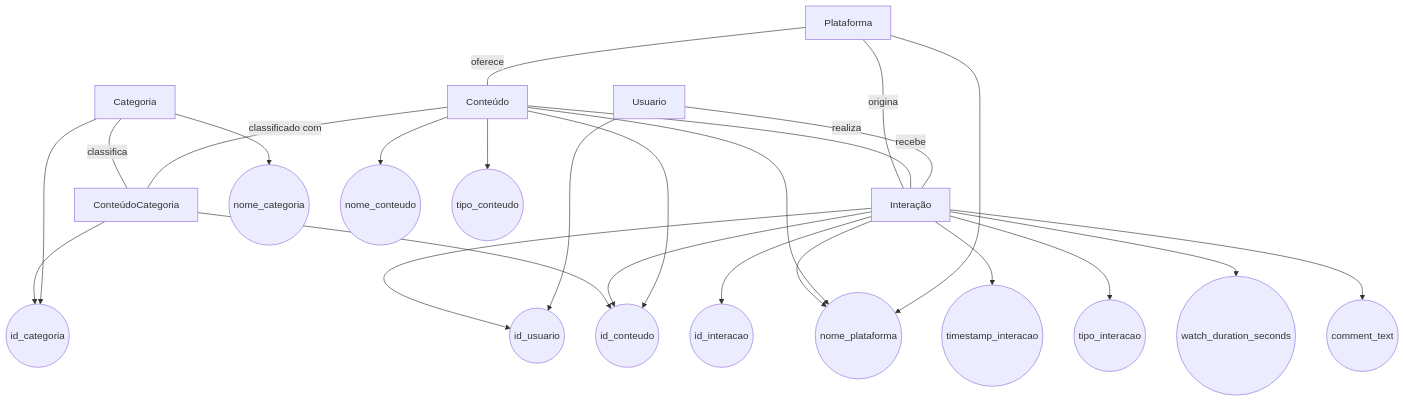
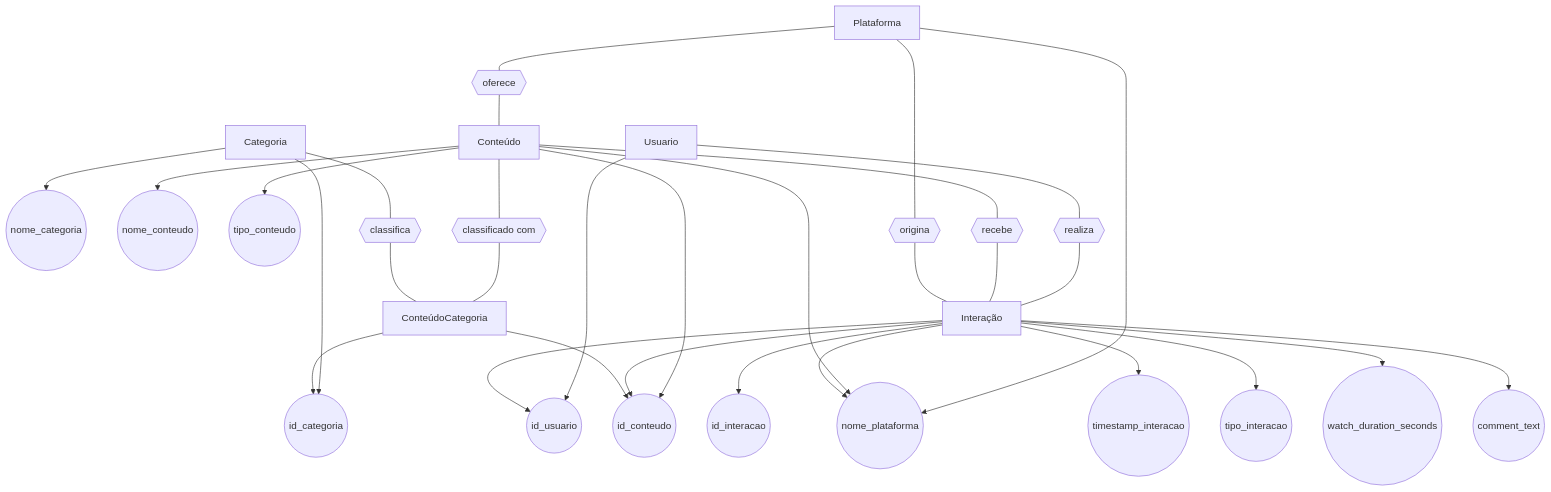
One commit to JohnVictorCouto/Globotech changed the first of 2 diagrams in README.md. Above: the diagram before and after it, drawn with Mermaid.

````diff
--- a/README.md
+++ b/README.md
@@ -110,53 +110,73 @@
 ```mermaid
 graph TD
 
-  %% Entidades (retângulos)
+  %% ENTIDADES (Retângulos)
   Usuario[Usuario]
   Plataforma[Plataforma]
   Categoria[Categoria]
   Conteudo[Conteúdo]
   Interacao[Interação]
   ConteudoCategoria[ConteúdoCategoria]
 
-  %% Atributos (círculos)
+  %% ATRIBUTOS (Círculos)
   id_usuario((id_usuario))
   nome_plataforma((nome_plataforma))
   id_categoria((id_categoria))
   nome_categoria((nome_categoria))
   id_conteudo((id_conteudo))
   nome_conteudo((nome_conteudo))
   tipo_conteudo((tipo_conteudo))
   id_interacao((id_interacao))
   timestamp_interacao((timestamp_interacao))
   tipo_interacao((tipo_interacao))
   watch_duration_seconds((watch_duration_seconds))
   comment_text((comment_text))
 
-  %% Ligações Entidade → Atributos
+  %% RELACIONAMENTOS (Losangos simulados)
+  R1{{realiza}}
+  R2{{recebe}}
+  R3{{oferece}}
+  R4{{origina}}
+  R5{{classificado com}}
+  R6{{classifica}}
+
+  %% LIGAÇÕES: Entidade → Atributo
   Usuario --> id_usuario
   Plataforma --> nome_plataforma
   Categoria --> id_categoria
   Categoria --> nome_categoria
   Conteudo --> id_conteudo
   Conteudo --> nome_conteudo
   Conteudo --> tipo_conteudo
   Conteudo --> nome_plataforma
   Interacao --> id_interacao
   Interacao --> id_conteudo
   Interacao --> id_usuario
   Interacao --> nome_plataforma
   Interacao --> timestamp_interacao
   Interacao --> tipo_interacao
   Interacao --> watch_duration_seconds
   Interacao --> comment_text
   ConteudoCategoria --> id_conteudo
   ConteudoCategoria --> id_categoria
 
-  %% Relacionamentos (nomeados com texto intermediário)
-  Usuario ---|realiza| Interacao
-  Conteudo ---|recebe| Interacao
-  Plataforma ---|oferece| Conteudo
-  Plataforma ---|origina| Interacao
-  Conteudo ---|classificado com| ConteudoCategoria
-  Categoria ---|classifica| ConteudoCategoria
+  %% LIGAÇÕES: Entidades ↔ Relacionamentos (com losangos)
+  Usuario --- R1
+  R1 --- Interacao
+
+  Conteudo --- R2
+  R2 --- Interacao
+
+  Plataforma --- R3
+  R3 --- Conteudo
+
+  Plataforma --- R4
+  R4 --- Interacao
+
+  Conteudo --- R5
+  R5 --- ConteudoCategoria
+
+  Categoria --- R6
+  R6 --- ConteudoCategoria
+
 ```
````
